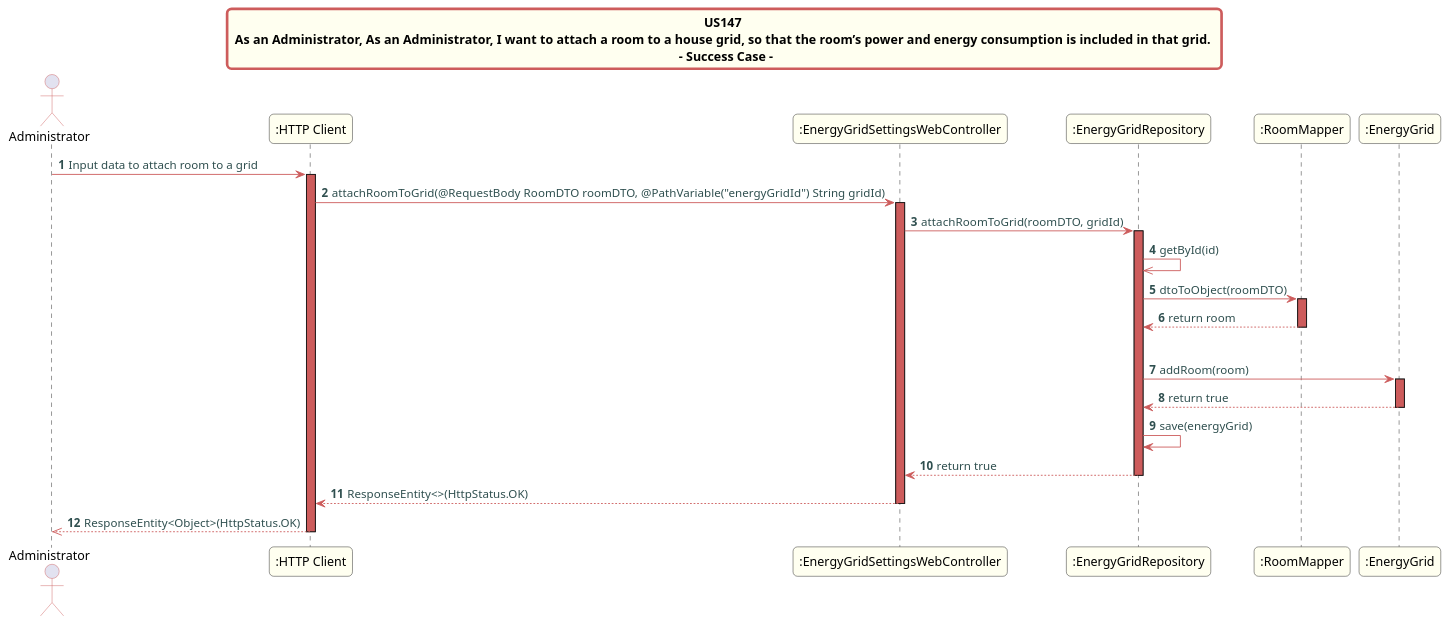
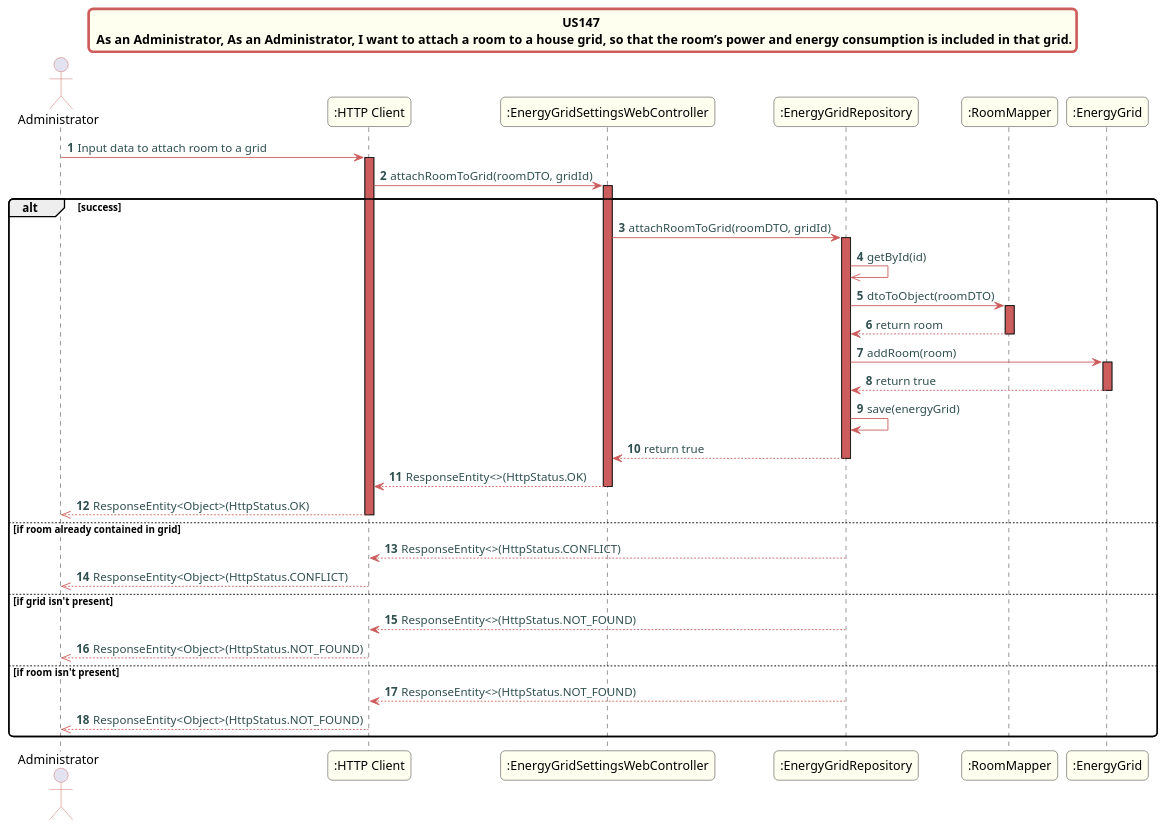
The diagram in src/doc/WEB_Controllers/EnergyGridSettings/US147/US147_sd_EnergyGridSettingsWebController.puml (Almadanmp/project), drawn with PlantUML before and after one commit. The commit also changed 2 other files, not shown here.

Commit message:
REF #344 REF #345 - Energy Grid Setting Web Controller - US 145, US 147 UML corrections

```diff
--- a/src/doc/WEB_Controllers/EnergyGridSettings/US147/US147_sd_EnergyGridSettingsWebController.puml
+++ b/src/doc/WEB_Controllers/EnergyGridSettings/US147/US147_sd_EnergyGridSettingsWebController.puml
@@ -1,51 +1,61 @@
 @startuml
 skinparam titleBorderRoundCorner 10
 skinparam titleBorderThickness 3
 skinparam titleBorderColor indianred
 skinparam titleBackgroundColor ivory
 skinparam FontName quicksand
 
 skinparam actor {
  	BorderColor indianred
  	}
 
  skinparam sequence {
  	LifeLineBackgroundColor indianred
  	ParticipantBackgroundColor ivory
  }
 
  skinparam roundcorner 10
 
  skinparam component {
    arrowThickness 1
    ArrowFontName Verdana
    ArrowColor indianred
    ArrowFontColor darkslategrey
  }
-title US147 \n As an Administrator, As an Administrator, I want to attach a room to a house grid, so that the room’s power and energy consumption is included in that grid.  \n - Success Case -
+title US147 \n As an Administrator, As an Administrator, I want to attach a room to a house grid, so that the room’s power and energy consumption is included in that grid.
 autonumber
 actor "Administrator"
 "Administrator" -> ":HTTP Client":  Input data to attach room to a grid
 activate ":HTTP Client"
-":HTTP Client" -> ":EnergyGridSettingsWebController":  attachRoomToGrid(@RequestBody RoomDTO roomDTO, @PathVariable("energyGridId") String gridId)
+":HTTP Client" -> ":EnergyGridSettingsWebController":  attachRoomToGrid(roomDTO, gridId)
 activate ":EnergyGridSettingsWebController"
+alt success
 ":EnergyGridSettingsWebController" -> ":EnergyGridRepository": attachRoomToGrid(roomDTO, gridId)
 activate ":EnergyGridRepository"
 ":EnergyGridRepository" ->> ":EnergyGridRepository": getById(id)
 ":EnergyGridRepository" -> ":RoomMapper": dtoToObject(roomDTO)
 activate ":RoomMapper"
 ":RoomMapper" --> ":EnergyGridRepository" : return room
 deactivate ":RoomMapper"
-alt success
 ":EnergyGridRepository" -> ":EnergyGrid": addRoom(room)
 activate ":EnergyGrid"
 ":EnergyGrid" --> ":EnergyGridRepository" : return true
 deactivate ":EnergyGrid"
 ":EnergyGridRepository" -> ":EnergyGridRepository" : save(energyGrid)
 ":EnergyGridRepository" --> ":EnergyGridSettingsWebController": return true
 deactivate ":EnergyGridRepository"
 ":EnergyGridSettingsWebController" --> ":HTTP Client": ResponseEntity<>(HttpStatus.OK)
 deactivate ":EnergyGridSettingsWebController"
 ":HTTP Client" -->> "Administrator": ResponseEntity<Object>(HttpStatus.OK)
 deactivate ":HTTP Client"
+else if room already contained in grid
+":EnergyGridRepository" --> ":HTTP Client": ResponseEntity<>(HttpStatus.CONFLICT)
+":HTTP Client" -->> "Administrator": ResponseEntity<Object>(HttpStatus.CONFLICT)
+else if grid isn't present
+":EnergyGridRepository" --> ":HTTP Client": ResponseEntity<>(HttpStatus.NOT_FOUND)
+":HTTP Client" -->> "Administrator": ResponseEntity<Object>(HttpStatus.NOT_FOUND)
+else if room isn't present
+":EnergyGridRepository" --> ":HTTP Client": ResponseEntity<>(HttpStatus.NOT_FOUND)
+":HTTP Client" -->> "Administrator": ResponseEntity<Object>(HttpStatus.NOT_FOUND)
+end
 @enduml
```
